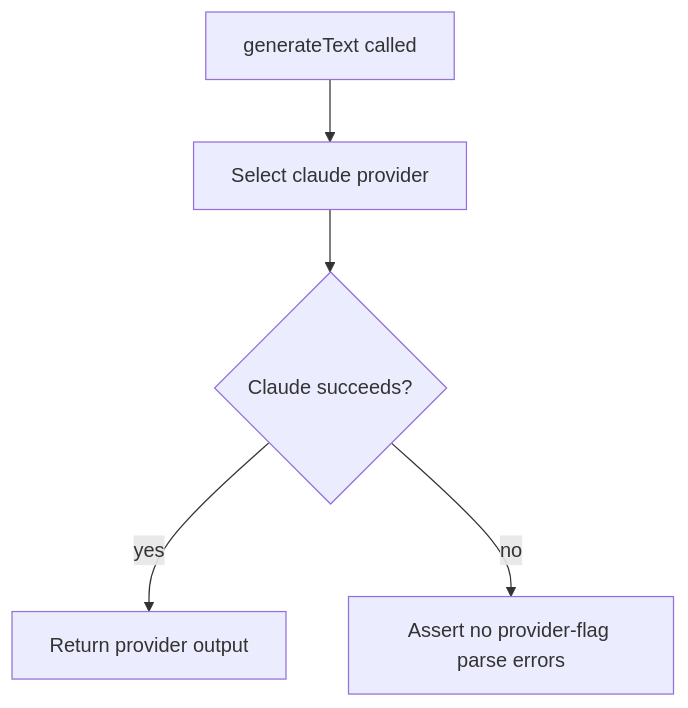
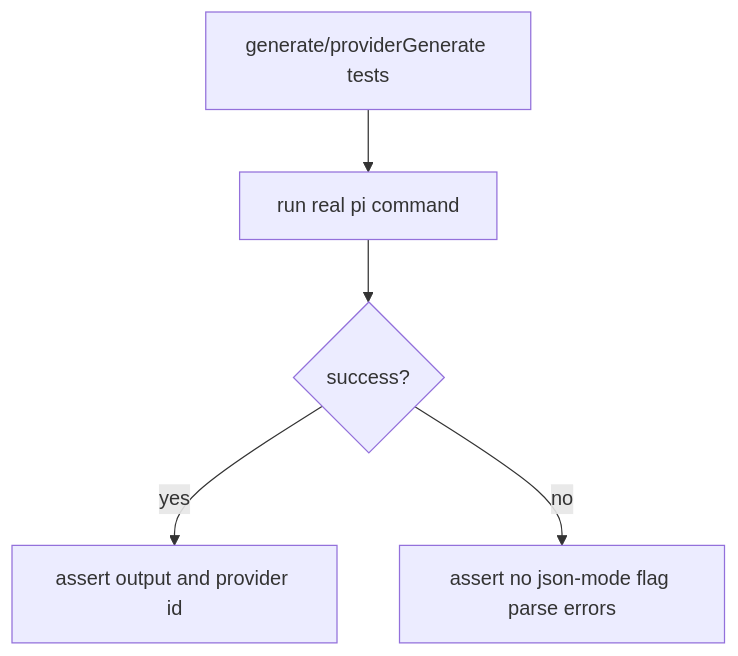
One commit to ex3ndr/holdmybeer changed the diagram in doc/inference-provider-tests.md. Above: the diagram before and after it, drawn with Mermaid. The commit also changed other lines of this file and 11 other files, not shown here.

Commit message:
docs(provider): remove legacy claude codex references

````diff
--- a/doc/inference-provider-tests.md
+++ b/doc/inference-provider-tests.md
@@ -7,7 +7,7 @@
 ```mermaid
 flowchart TD
-  A[generateText called] --> B[Select claude provider]
-  B --> C{Claude succeeds?}
-  C -->|yes| D[Return provider output]
-  C -->|no| E[Assert no provider-flag parse errors]
+  A[generate/providerGenerate tests] --> B[run real pi command]
+  B --> C{success?}
+  C -->|yes| D[assert output and provider id]
+  C -->|no| E[assert no json-mode flag parse errors]
 ```
````
